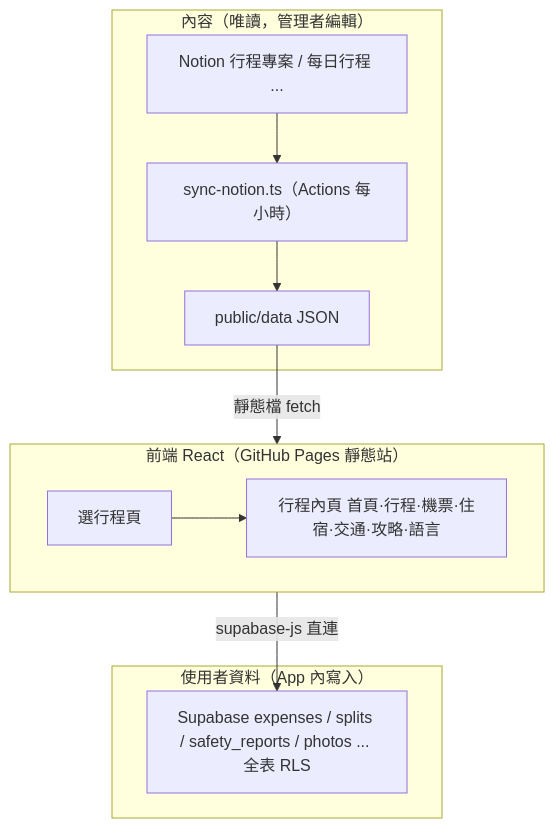
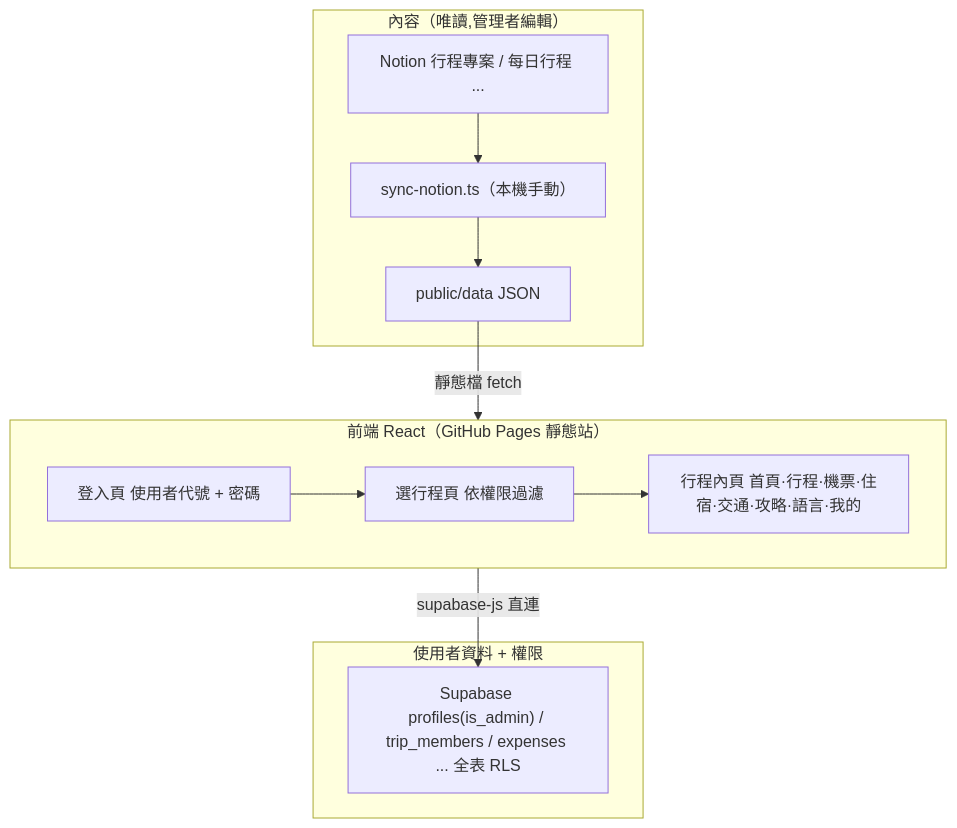
One commit to ChuangAllen/travel-app changed the first of 7 diagrams in README.md. Above: the diagram before and after it, drawn with Mermaid. The commit also changed other lines of this file and 11 other files, not shown here.

````diff
--- a/README.md
+++ b/README.md
@@ -33,22 +34,23 @@
 ```mermaid
 flowchart TB
-    subgraph Content["內容（唯讀，管理者編輯）"]
+    subgraph Content["內容（唯讀,管理者編輯）"]
         Notion["Notion 行程專案 / 每日行程 ..."]
-        Sync["sync-notion.ts（Actions 每小時）"]
+        Sync["sync-notion.ts（本機手動）"]
         JSON["public/data JSON"]
         Notion --> Sync --> JSON
     end
 
     subgraph Front["前端 React（GitHub Pages 靜態站）"]
-        Pick["選行程頁"]
-        Trip["行程內頁 首頁·行程·機票·住宿·交通·攻略·語言"]
-        Pick --> Trip
+        Login["登入頁 使用者代號 + 密碼"]
+        Pick["選行程頁 依權限過濾"]
+        Trip["行程內頁 首頁·行程·機票·住宿·交通·攻略·語言·我的"]
+        Login --> Pick --> Trip
     end
 
-    subgraph User["使用者資料（App 內寫入）"]
-        Supabase["Supabase expenses / splits / safety_reports / photos ... 全表 RLS"]
+    subgraph User["使用者資料 + 權限"]
+        Supabase["Supabase profiles(is_admin) / trip_members / expenses ... 全表 RLS"]
     end
 
     JSON -- "靜態檔 fetch" --> Front
     Front -- "supabase-js 直連" --> Supabase
 ```
````
